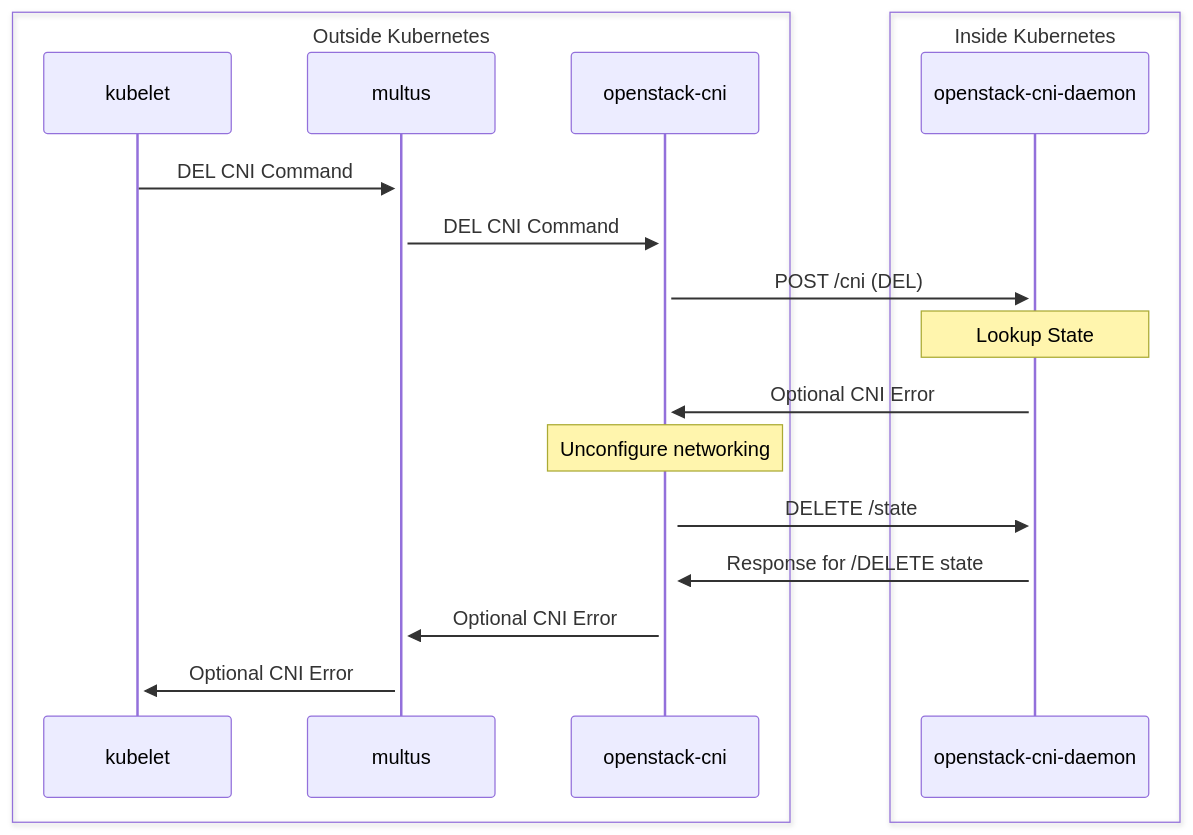
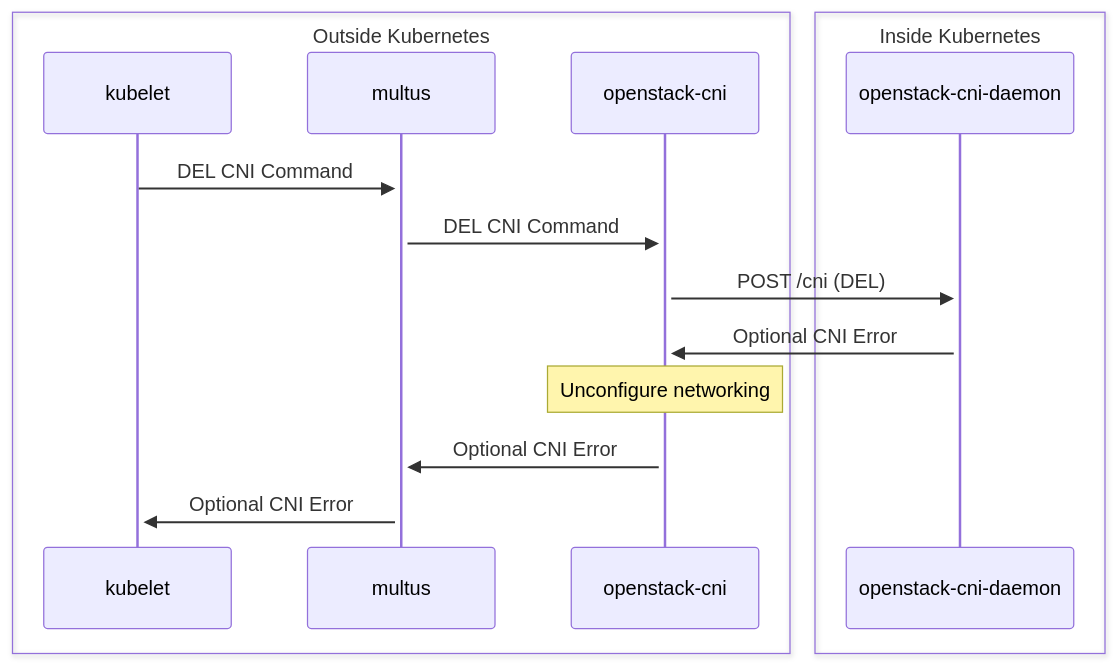
The second of 2 diagrams in docs/diagrams.md (jrboelens/openstack-cni), drawn with Mermaid before and after one commit. The commit also changed other lines of this file and 35 other files, not shown here.

````diff
--- a/docs/diagrams.md
+++ b/docs/diagrams.md
@@ -29,21 +27,18 @@
 ```mermaid
 sequenceDiagram
     box Outside Kubernetes
     participant kubelet
     participant multus
     participant openstack-cni
     end
     box Inside Kubernetes
     participant openstack-cni-daemon
     end
     kubelet->>+multus: DEL CNI Command
     multus->>+openstack-cni: DEL CNI Command
     openstack-cni->>+openstack-cni-daemon: POST /cni (DEL)
-    Note over openstack-cni-daemon: Lookup State
     openstack-cni-daemon->>+openstack-cni: Optional CNI Error
     Note over openstack-cni: Unconfigure networking
-    openstack-cni->>+openstack-cni-daemon: DELETE /state
-    openstack-cni-daemon->>+openstack-cni: Response for /DELETE state
     openstack-cni->>+multus: Optional CNI Error
     multus->>+kubelet: Optional CNI Error
 ```
````
